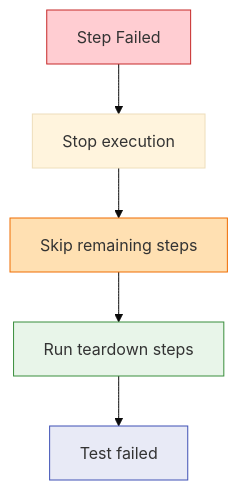
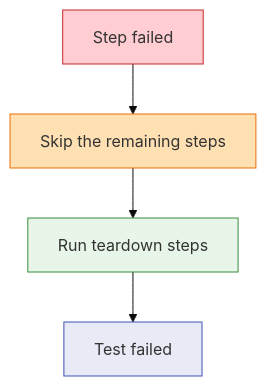
One commit to eclipse-tractusx/tractusx-testlab changed the eighth of 8 diagrams in docs/specification/specification/concepts.md. Above: the diagram before and after it, drawn with Mermaid (base theme). The commit also changed other lines of this file and 155 other files, not shown here.

````diff
--- a/docs/specification/specification/concepts.md
+++ b/docs/specification/specification/concepts.md
@@ -681,12 +298,11 @@
 ```mermaid
 flowchart TD
-    F[Step Failed] --> STOP["Stop execution"]
-    STOP --> SKIP["Skip remaining steps"]
+    F[Step failed] --> SKIP["Skip the remaining steps"]
     SKIP --> CLEANUP["Run teardown steps"]
     CLEANUP --> DONE[Test failed]
 
     style F fill:#ffcdd2,stroke:#c62828
     style SKIP fill:#ffe0b2,stroke:#ef6c00
     style CLEANUP fill:#e8f5e9,stroke:#388e3c
     style DONE fill:#e8eaf6,stroke:#3f51b5
 ```
````
